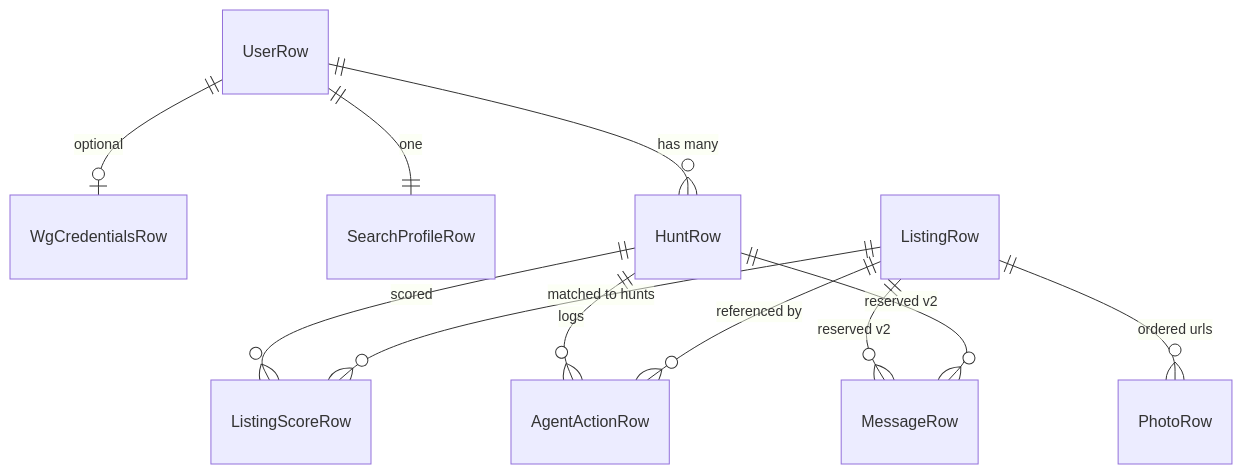
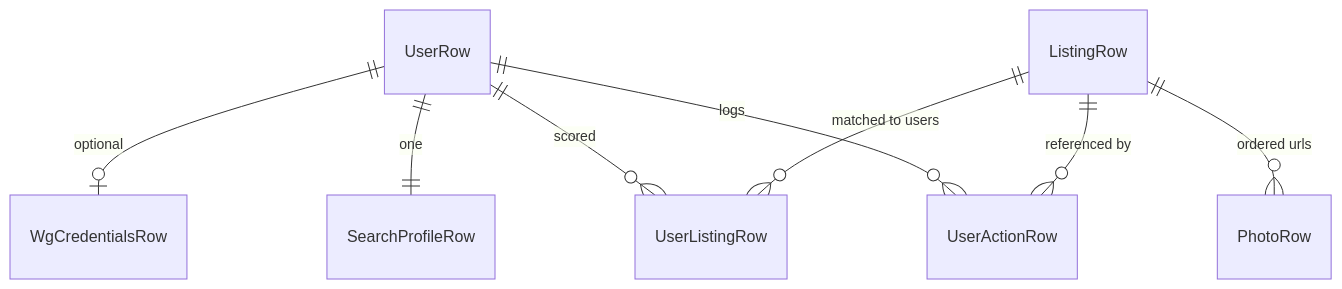
The first of 3 diagrams in docs/DATA_MODEL.md (v-ya-ch-e/tumai-makeathon-2026), drawn with Mermaid before and after one commit. The commit also changed other lines of this file and 30 other files, not shown here.

````diff
--- a/docs/DATA_MODEL.md
+++ b/docs/DATA_MODEL.md
@@ -184,13 +155,10 @@
 ```mermaid
 erDiagram
   UserRow ||--o| WgCredentialsRow : "optional"
   UserRow ||--|| SearchProfileRow : "one"
-  UserRow ||--o{ HuntRow : "has many"
-  HuntRow ||--o{ ListingScoreRow : "scored"
-  HuntRow ||--o{ AgentActionRow : "logs"
-  ListingRow ||--o{ ListingScoreRow : "matched to hunts"
+  UserRow ||--o{ UserListingRow : "scored"
+  UserRow ||--o{ UserActionRow : "logs"
+  ListingRow ||--o{ UserListingRow : "matched to users"
   ListingRow ||--o{ PhotoRow : "ordered urls"
-  ListingRow ||--o{ AgentActionRow : "referenced by"
-  ListingRow ||--o{ MessageRow : "reserved v2"
-  HuntRow ||--o{ MessageRow : "reserved v2"
+  ListingRow ||--o{ UserActionRow : "referenced by"
 ```
````
